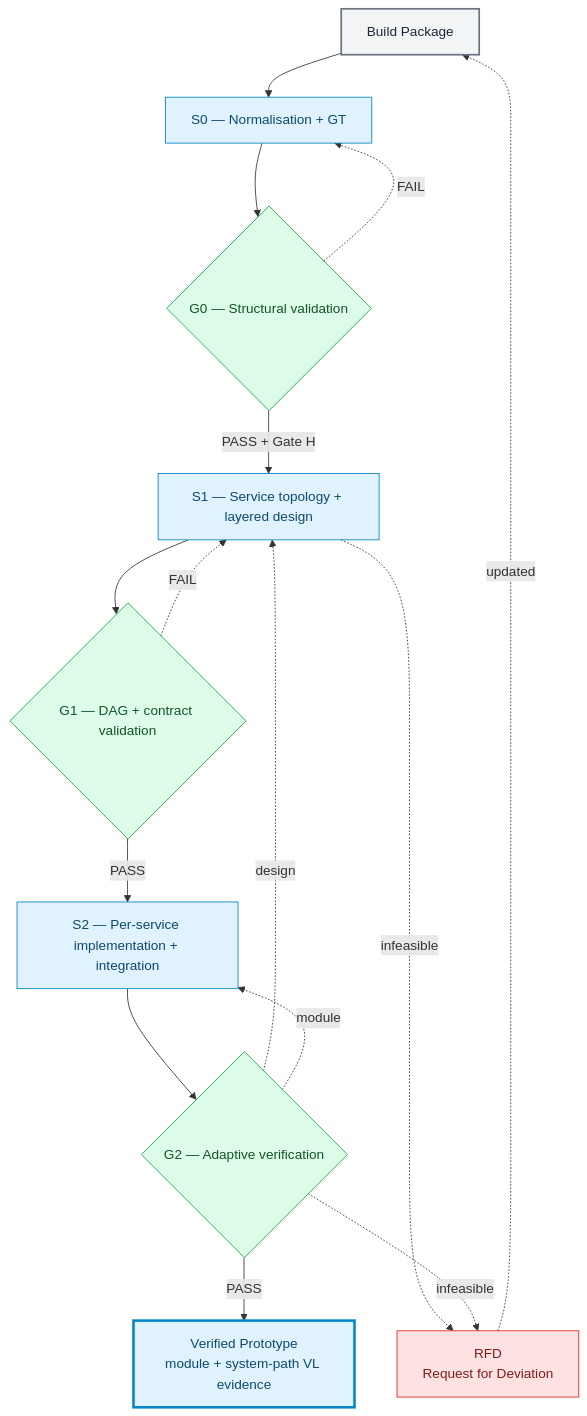
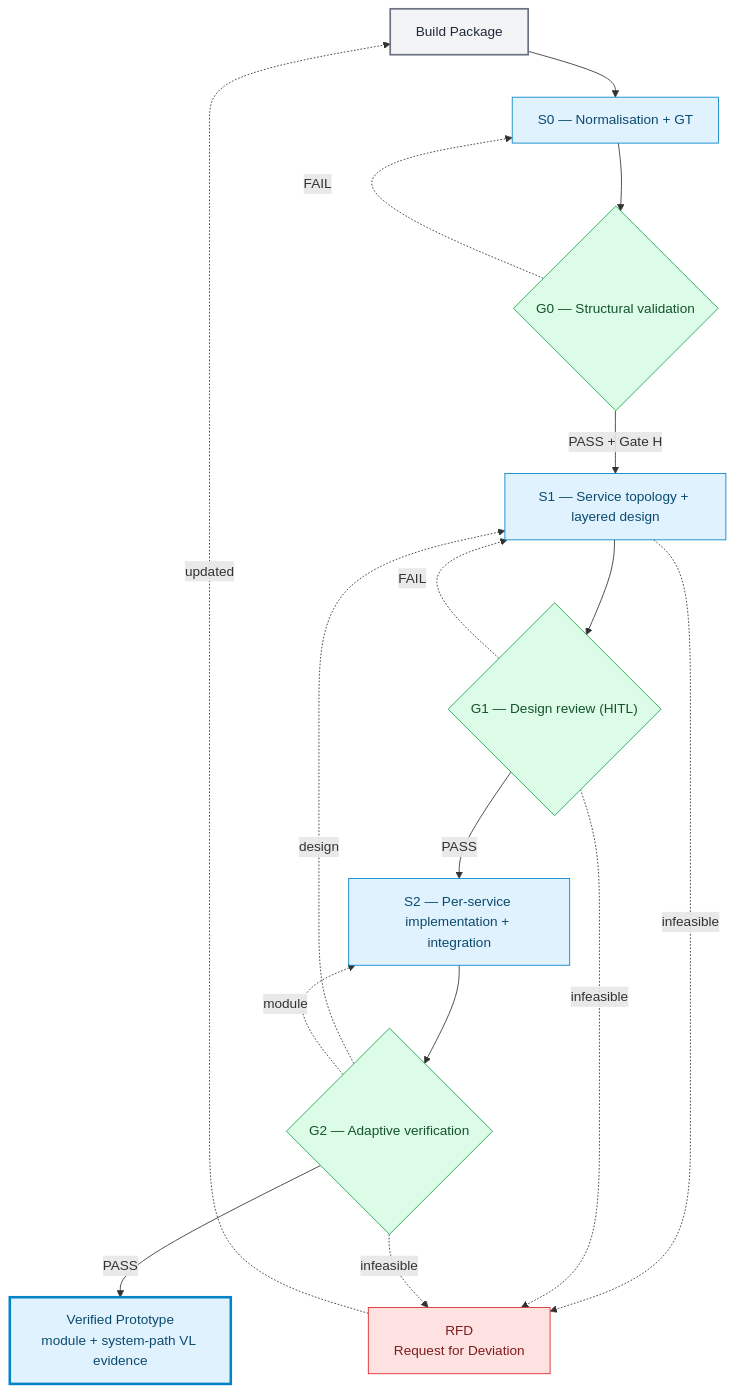
Before and after one commit to dramirezbe/codeanvil-gcpds: the second of 11 diagrams in methodology/V-SIL-v3/V-SIL_v3.md, drawn with Mermaid. The commit also changed other lines of this file and 4 other files, not shown here.

First line of the commit message:
docs(v-sil-v3): make G1 a human review and align RFD routes

````diff
--- a/methodology/V-SIL-v3/V-SIL_v3.md
+++ b/methodology/V-SIL-v3/V-SIL_v3.md
@@ -51,35 +51,36 @@
 ```mermaid
 flowchart TD
     classDef stage fill:#e0f2fe,stroke:#0284c7,color:#0c4a6e
     classDef gate fill:#dcfce7,stroke:#16a34a,color:#14532d
     classDef terminal fill:#e0f2fe,stroke:#0284c7,color:#0c4a6e,stroke-width:3px
     classDef input fill:#f3f4f6,stroke:#6b7280,color:#1f2937,stroke-width:2px
     classDef rfd fill:#fee2e2,stroke:#dc2626,color:#7f1d1d
 
     BP["Build Package"]:::input
     S0["S0 — Normalisation + GT"]:::stage
     G0{"G0 — Structural validation"}:::gate
     S1["S1 — Service topology + layered design"]:::stage
-    G1{"G1 — DAG + contract validation"}:::gate
+    G1{"G1 — Design review (HITL)"}:::gate
     S2["S2 — Per-service implementation + integration"]:::stage
     G2{"G2 — Adaptive verification"}:::gate
     T["Verified Prototype<br/>module + system-path VL evidence"]:::terminal
     RFD["RFD<br/>Request for Deviation"]:::rfd
 
     BP --> S0
     S0 --> G0
     G0 -->|PASS + Gate H| S1
     S1 --> G1
     G1 -->|PASS| S2
     S2 --> G2
     G2 -->|PASS| T
 
     G0 -.->|FAIL| S0
     G1 -.->|FAIL| S1
     G2 -.->|design| S1
     G2 -.->|module| S2
 
     S1 -.->|infeasible| RFD
+    G1 -.->|infeasible| RFD
     G2 -.->|infeasible| RFD
     RFD -.->|updated| BP
 ```
````
